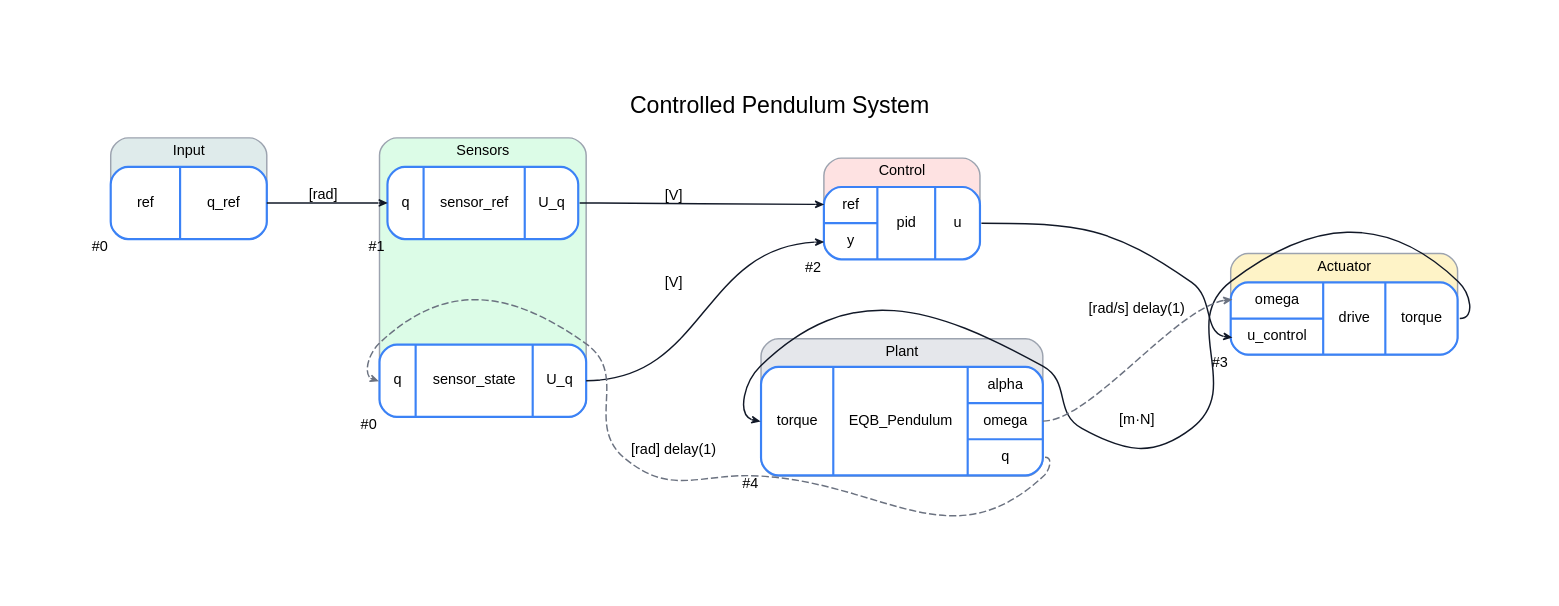
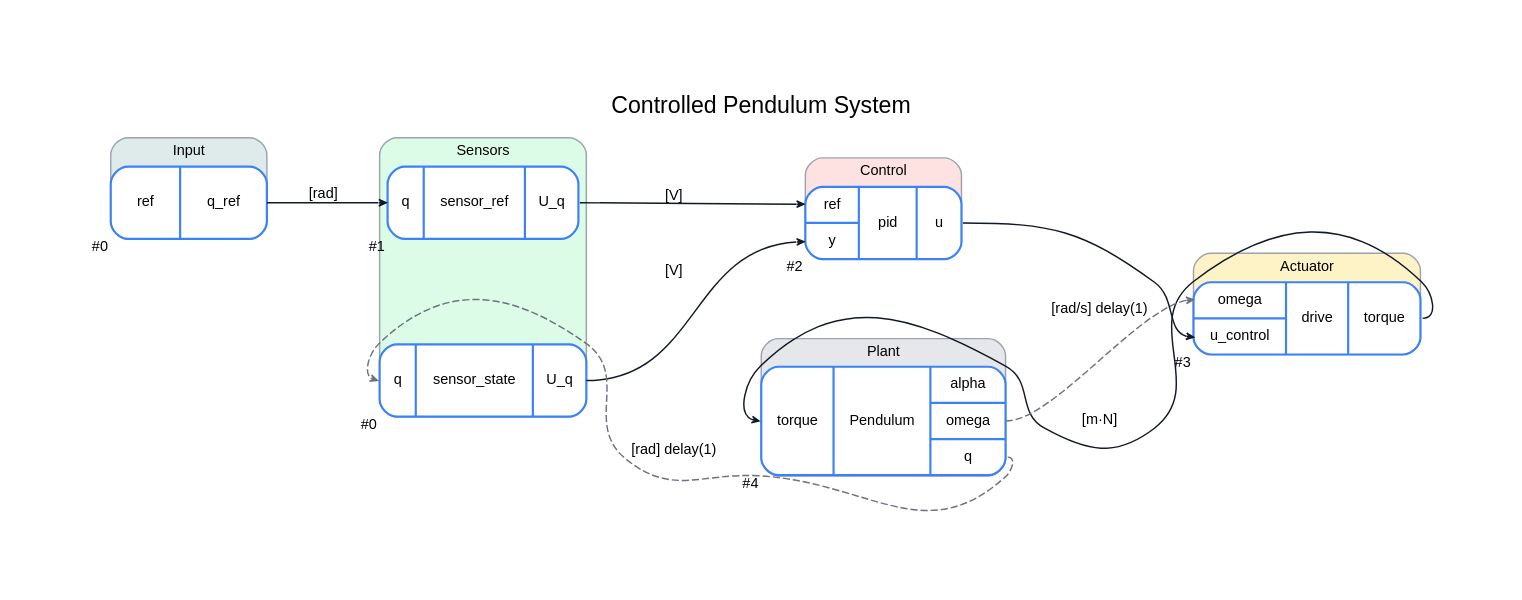
The diagram in demos/ControlledPendulum/Digraph.gv (FlorianFrech/SystemSimulation), drawn with Graphviz before and after one commit. The commit also changed 41 other files, not shown here.

```diff
--- a/demos/ControlledPendulum/Digraph.gv
+++ b/demos/ControlledPendulum/Digraph.gv
@@ -1,34 +1,34 @@
 // System: Controlled Pendulum System
 digraph {
 	graph [bgcolor=white compound=true esep=0 fontname=Helvetica fontsize=16 label="Controlled Pendulum System" labelloc=t margin=0.2 nodesep=1 pad=0.75 rankdir=LR ranksep=0.75 sep=0 smoothType=graph_dist splines=true]
 	node [color="#3b82f6" fillcolor=white fontname=Helvetica fontsize=10 height=0.7 margin="0.12,0.1" penwidth=1.5 shape=record style="rounded,filled" width=1.5]
 	edge [arrowhead=open arrowsize=0.5 arrowtail=none color="#111827" dir=forward fontname=Helvetica fontsize=10 labelangle=45 labelfontcolor="#374151" minlen=1.4 penwidth=1 style=solid]
 	subgraph cluster_Input {
 		bgcolor="#dfebeb" color="#9ca3af" fontname=Helvetica fontsize=10 label=Input style=rounded
 		ref [label="{ ref | { <q_ref> q_ref } }" xlabel="#0"]
 	}
 	subgraph cluster_Sensors {
 		bgcolor="#dcfce7" color="#9ca3af" fontname=Helvetica fontsize=10 label=Sensors style=rounded
 		sensor_ref [label="{ { <q> q } | sensor_ref | { <U_q> U_q } }" xlabel="#1"]
 		sensor_state [label="{ { <q> q } | sensor_state | { <U_q> U_q } }" xlabel="#0"]
 	}
 	subgraph cluster_Control {
 		bgcolor="#fee2e2" color="#9ca3af" fontname=Helvetica fontsize=10 label=Control style=rounded
 		pid [label="{ { <ref> ref | <y> y } | pid | { <u> u } }" xlabel="#2"]
 	}
 	subgraph cluster_Actuator {
 		bgcolor="#fef3c7" color="#9ca3af" fontname=Helvetica fontsize=10 label=Actuator style=rounded
 		drive [label="{ { <omega> omega | <u_control> u_control } | drive | { <torque> torque } }" xlabel="#3"]
 	}
 	subgraph cluster_Plant {
 		bgcolor="#e5e7eb" color="#9ca3af" fontname=Helvetica fontsize=10 label=Plant style=rounded
-		EQB_Pendulum [label="{ { <torque> torque } | EQB_Pendulum | { <alpha> alpha | <omega> omega | <q> q } }" xlabel="#4"]
+		Pendulum [label="{ { <torque> torque } | Pendulum | { <alpha> alpha | <omega> omega | <q> q } }" xlabel="#4"]
 	}
 	ref -> sensor_ref [label="[rad]" color="#111827" headclip=true headport="q:w" style=solid tailclip=true tailport="q_ref:e"]
-	EQB_Pendulum -> sensor_state [label="[rad] delay(1)" color="#6b7280" headclip=true headport="q:w" style=dashed tailclip=true tailport="q:e"]
+	Pendulum -> sensor_state [label="[rad] delay(1)" color="#6b7280" headclip=true headport="q:w" style=dashed tailclip=true tailport="q:e"]
 	sensor_ref -> pid [label="[V]" color="#111827" headclip=true headport="ref:w" style=solid tailclip=true tailport="U_q:e"]
 	sensor_state -> pid [label="[V]" color="#111827" headclip=true headport="y:w" style=solid tailclip=true tailport="U_q:e"]
 	pid -> drive [label="" color="#111827" headclip=true headport="u_control:w" style=solid tailclip=true tailport="u:e"]
-	drive -> EQB_Pendulum [label="[m·N]" color="#111827" headclip=true headport="torque:w" style=solid tailclip=true tailport="torque:e"]
-	EQB_Pendulum -> drive [label="[rad/s] delay(1)" color="#6b7280" headclip=true headport="omega:w" style=dashed tailclip=true tailport="omega:e"]
+	drive -> Pendulum [label="[m·N]" color="#111827" headclip=true headport="torque:w" style=solid tailclip=true tailport="torque:e"]
+	Pendulum -> drive [label="[rad/s] delay(1)" color="#6b7280" headclip=true headport="omega:w" style=dashed tailclip=true tailport="omega:e"]
 }
```
